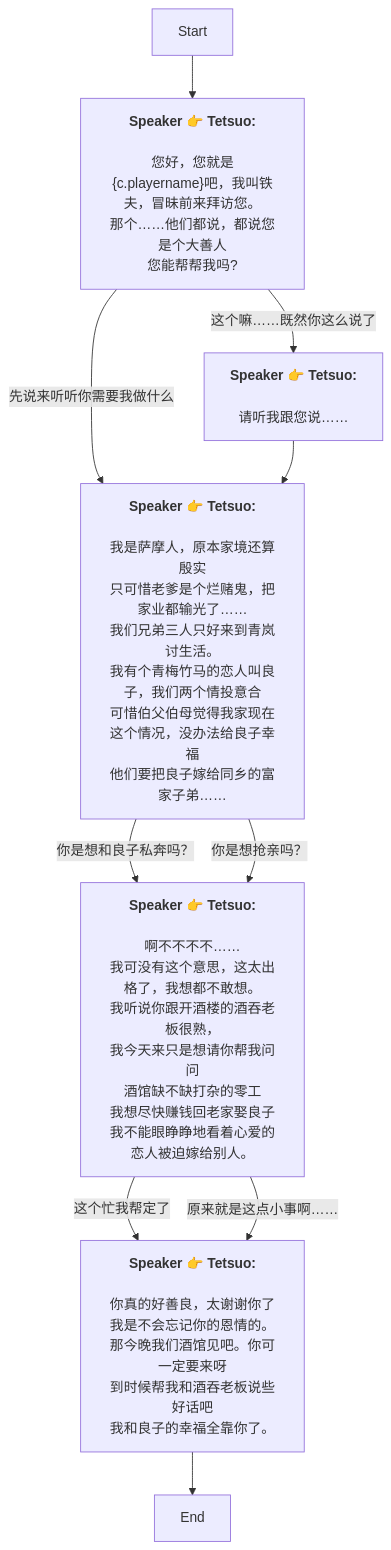
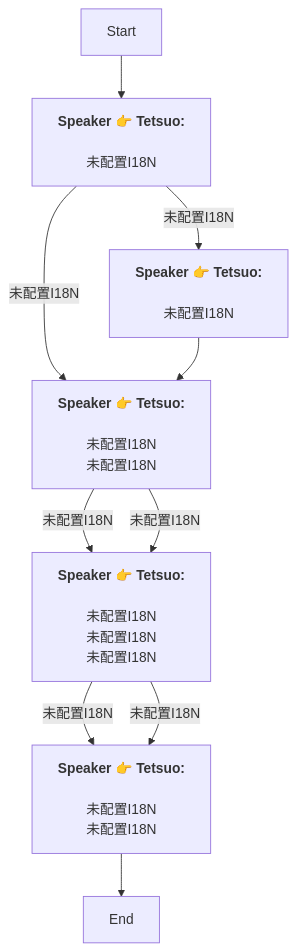
Before and after one commit to SoftHu/tos_avg: the diagram in Zh/QuestStartTalkENode_1761373441947248.md, drawn with Mermaid. The commit also changed 730 other files, not shown here.

````diff
--- a/Zh/QuestStartTalkENode_1761373441947248.md
+++ b/Zh/QuestStartTalkENode_1761373441947248.md
@@ -1,45 +1,21 @@
 ```mermaid
 graph
 Start -->1761373919956595[<b>Speaker 👉 Tetsuo:</b>
-\n您好，您就是&lbrace;c.playername&rbrace;吧，我叫铁夫，冒昧前来拜访您。
-那个……他们都说，都说您是个大善人
-您能帮帮我吗?]
-1761373919956595 -->|先说来听听你需要我做什么|1761437403457146[<b>Speaker 👉 Tetsuo:</b>
-\n我是萨摩人，原本家境还算殷实
-只可惜老爹是个烂赌鬼，把家业都输光了……
-我们兄弟三人只好来到青岚讨生活。\n我有个青梅竹马的恋人叫良子，我们两个情投意合
-可惜伯父伯母觉得我家现在这个情况，没办法给良子幸福
-他们要把良子嫁给同乡的富家子弟……]
-1761373919956595 -->|这个嘛……既然你这么说了|1761437199394425[<b>Speaker 👉 Tetsuo:</b>
-\n请听我跟您说……]
+\n未配置I18N]
+1761373919956595 -->|未配置I18N|1761437403457146[<b>Speaker 👉 Tetsuo:</b>
+\n未配置I18N\n未配置I18N]
+1761373919956595 -->|未配置I18N|1761437199394425[<b>Speaker 👉 Tetsuo:</b>
+\n未配置I18N]
 1761437199394425 -->1761437403457146[<b>Speaker 👉 Tetsuo:</b>
-\n我是萨摩人，原本家境还算殷实
-只可惜老爹是个烂赌鬼，把家业都输光了……
-我们兄弟三人只好来到青岚讨生活。\n我有个青梅竹马的恋人叫良子，我们两个情投意合
-可惜伯父伯母觉得我家现在这个情况，没办法给良子幸福
-他们要把良子嫁给同乡的富家子弟……]
-1761437403457146 -->|你是想和良子私奔吗？|1761441597741696[<b>Speaker 👉 Tetsuo:</b>
-\n啊不不不不……
-我可没有这个意思，这太出格了，我想都不敢想。\n我听说你跟开酒楼的酒吞老板很熟，
-我今天来只是想请你帮我问问
-酒馆缺不缺打杂的零工\n我想尽快赚钱回老家娶良子
-我不能眼睁睁地看着心爱的恋人被迫嫁给别人。]
-1761437403457146 -->|你是想抢亲吗？|1761441597741696[<b>Speaker 👉 Tetsuo:</b>
-\n啊不不不不……
-我可没有这个意思，这太出格了，我想都不敢想。\n我听说你跟开酒楼的酒吞老板很熟，
-我今天来只是想请你帮我问问
-酒馆缺不缺打杂的零工\n我想尽快赚钱回老家娶良子
-我不能眼睁睁地看着心爱的恋人被迫嫁给别人。]
-1761441597741696 -->|这个忙我帮定了|1761442012375686[<b>Speaker 👉 Tetsuo:</b>
-\n你真的好善良，太谢谢你了
-我是不会忘记你的恩情的。\n那今晚我们酒馆见吧。你可一定要来呀
-到时候帮我和酒吞老板说些好话吧
-我和良子的幸福全靠你了。]
-1761441597741696 -->|原来就是这点小事啊……|1761442012375686[<b>Speaker 👉 Tetsuo:</b>
-\n你真的好善良，太谢谢你了
-我是不会忘记你的恩情的。\n那今晚我们酒馆见吧。你可一定要来呀
-到时候帮我和酒吞老板说些好话吧
-我和良子的幸福全靠你了。]
+\n未配置I18N\n未配置I18N]
+1761437403457146 -->|未配置I18N|1761441597741696[<b>Speaker 👉 Tetsuo:</b>
+\n未配置I18N\n未配置I18N\n未配置I18N]
+1761437403457146 -->|未配置I18N|1761441597741696[<b>Speaker 👉 Tetsuo:</b>
+\n未配置I18N\n未配置I18N\n未配置I18N]
+1761441597741696 -->|未配置I18N|1761442012375686[<b>Speaker 👉 Tetsuo:</b>
+\n未配置I18N\n未配置I18N]
+1761441597741696 -->|未配置I18N|1761442012375686[<b>Speaker 👉 Tetsuo:</b>
+\n未配置I18N\n未配置I18N]
 1761442012375686 -->1761442648085127[End]
 
 ```
````
